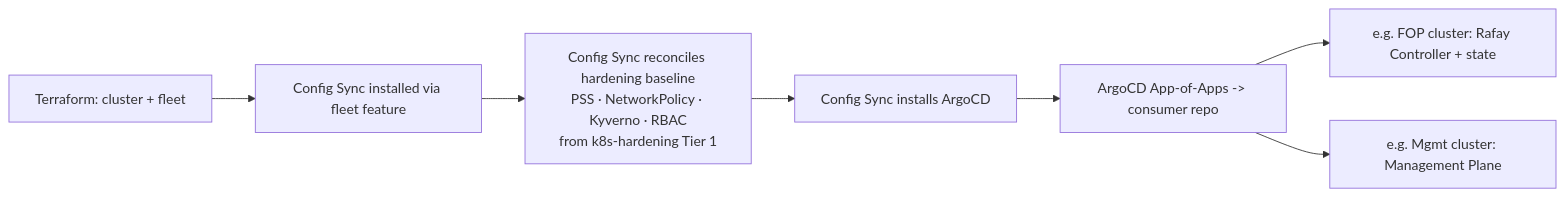
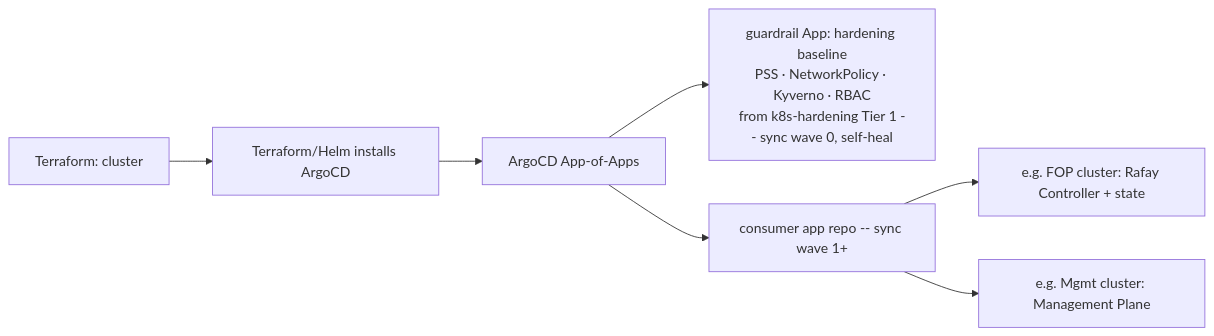
Before and after one commit to kg-aifabrik/research: the diagram in iac-k8s/01-provisioning-and-iac.md, drawn with Mermaid. The commit also changed other lines of this file and 8 other files, not shown here.

Commit message:
D10: ArgoCD as single GitOps engine — drop Config Sync across all reports + diagram

````diff
--- a/iac-k8s/01-provisioning-and-iac.md
+++ b/iac-k8s/01-provisioning-and-iac.md
@@ -130,9 +129,9 @@
 ```mermaid
 flowchart LR
-  A[Terraform: cluster + fleet] --> B[Config Sync installed via fleet feature]
-  B --> C[Config Sync reconciles hardening baseline\nPSS · NetworkPolicy · Kyverno · RBAC\nfrom k8s-hardening Tier 1]
-  C --> D[Config Sync installs ArgoCD]
-  D --> E[ArgoCD App-of-Apps -> consumer repo]
+  A[Terraform: cluster] --> B[Terraform/Helm installs ArgoCD]
+  B --> C[ArgoCD App-of-Apps]
+  C --> D[guardrail App: hardening baseline\nPSS · NetworkPolicy · Kyverno · RBAC\nfrom k8s-hardening Tier 1 -- sync wave 0, self-heal]
+  C --> E[consumer app repo -- sync wave 1+]
   E --> F[e.g. FOP cluster: Rafay Controller + state]
   E --> G[e.g. Mgmt cluster: Management Plane]
 ```
````
